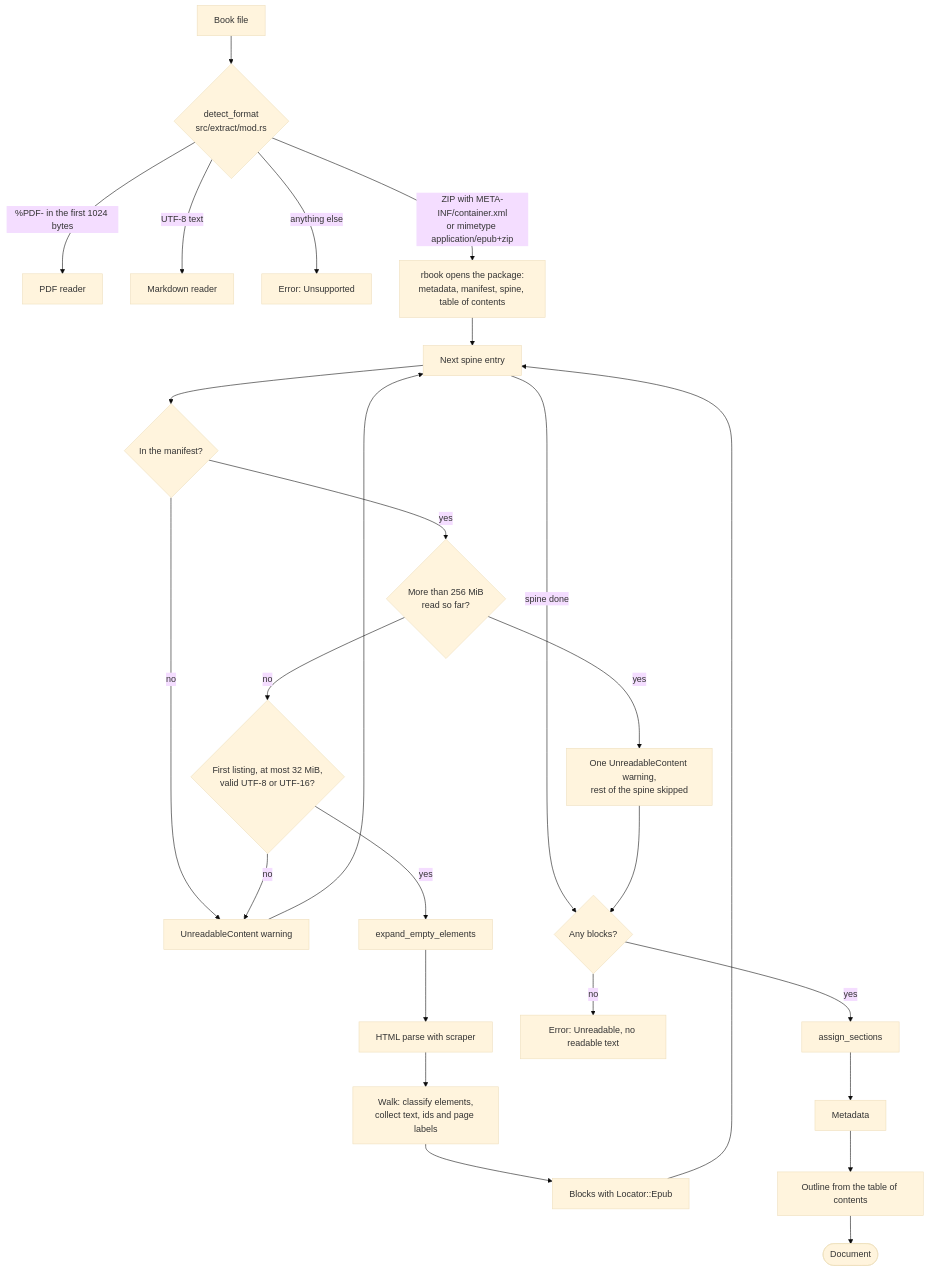
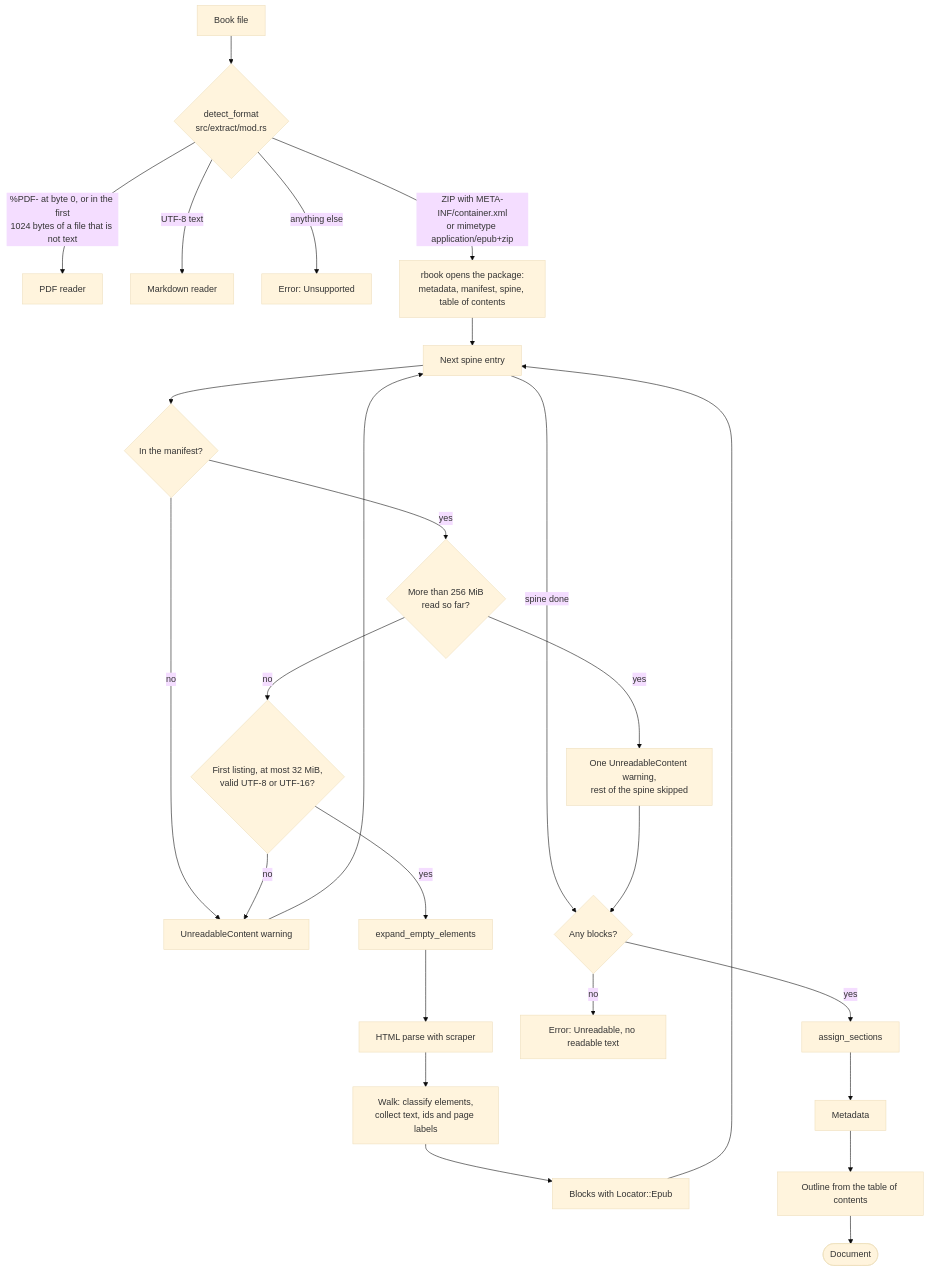
The diagram in docs/epub-reading.md (AhmedKishki/ebook-hero), drawn with Mermaid (base theme) before and after one commit. The commit also changed other lines of this file and 6 other files, not shown here.

First line of the commit message:
Test for UTF-8 text before the PDF marker anywhere but byte 0

````diff
--- a/docs/epub-reading.md
+++ b/docs/epub-reading.md
@@ -7,28 +7,28 @@
 ```mermaid
 flowchart TD
     file["Book file"] --> detect{"detect_format<br/>src/extract/mod.rs"}
-    detect -->|"%PDF- in the first 1024 bytes"| pdf["PDF reader"]
+    detect -->|"%PDF- at byte 0, or in the first<br/>1024 bytes of a file that is not text"| pdf["PDF reader"]
     detect -->|"UTF-8 text"| markdown["Markdown reader"]
     detect -->|"anything else"| unsupported["Error: Unsupported"]
     detect -->|"ZIP with META-INF/container.xml<br/>or mimetype application/epub+zip"| open["rbook opens the package:<br/>metadata, manifest, spine, table of contents"]
     open --> item["Next spine entry"]
     item --> manifest{"In the manifest?"}
     manifest -->|no| warn["UnreadableContent warning"]
     manifest -->|yes| budget{"More than 256 MiB<br/>read so far?"}
     budget -->|yes| stop["One UnreadableContent warning,<br/>rest of the spine skipped"]
     budget -->|no| checks{"First listing, at most 32 MiB,<br/>valid UTF-8 or UTF-16?"}
     checks -->|no| warn
     warn --> item
     checks -->|yes| repair["expand_empty_elements"]
     repair --> parse["HTML parse with scraper"]
     parse --> walk["Walk: classify elements,<br/>collect text, ids and page labels"]
     walk --> blocks["Blocks with Locator::Epub"]
     blocks --> item
     item -->|"spine done"| any{"Any blocks?"}
     stop --> any
     any -->|no| err["Error: Unreadable, no readable text"]
     any -->|yes| sections["assign_sections"]
     sections --> meta["Metadata"]
     meta --> toc["Outline from the table of contents"]
     toc --> doc(["Document"])
 ```
````
